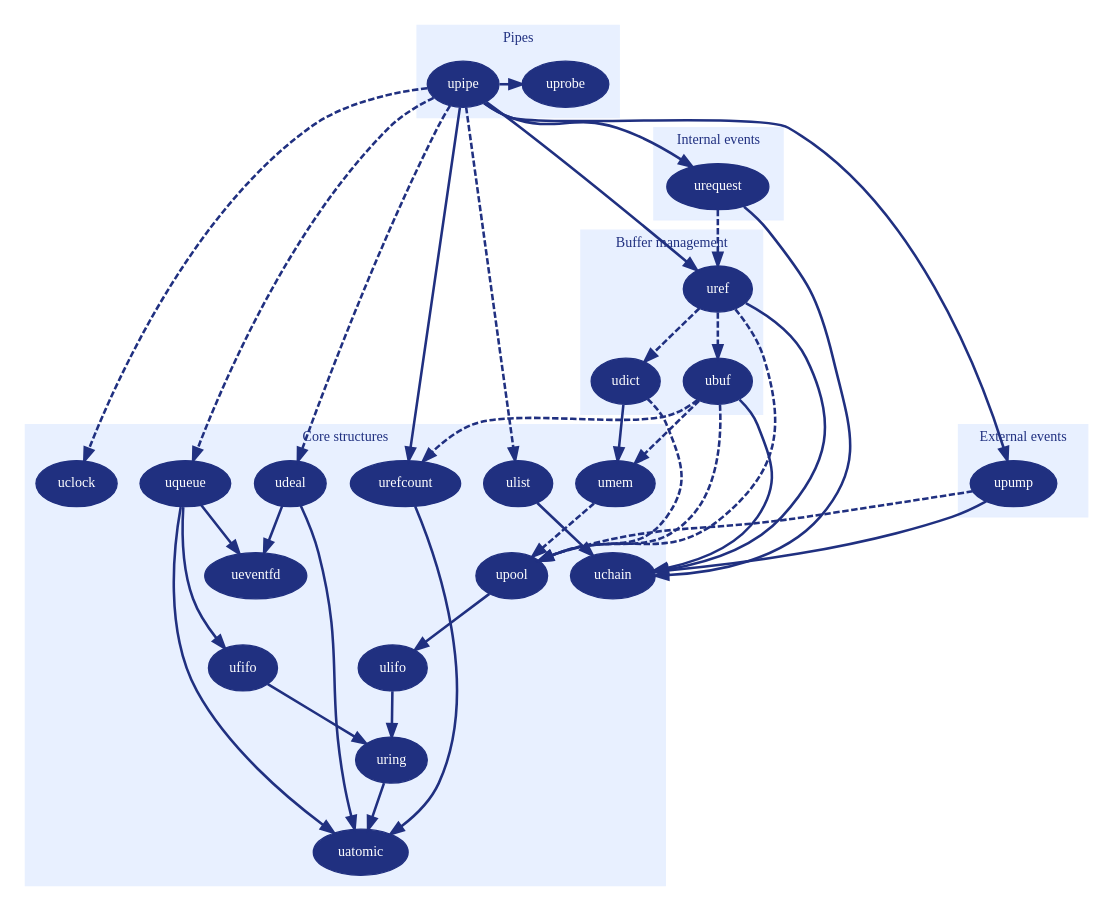
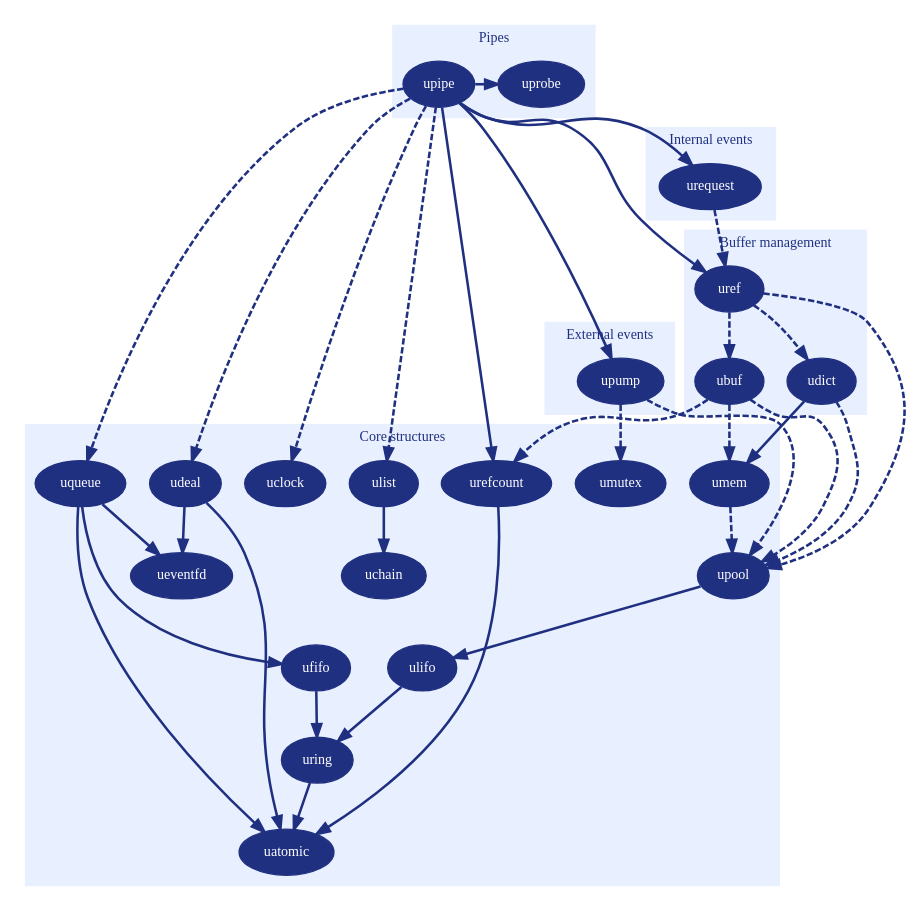
Before and after one commit to Upipe/upipe: the diagram in doc/dependencies.dot, drawn with Graphviz.

Commit message:
documentation improvement

```diff
--- a/doc/dependencies.dot
+++ b/doc/dependencies.dot
@@ -1,121 +1,119 @@
 digraph "Upipe objects dependencies" {
 	graph [bgcolor="#00000000"];
 	edge [penwidth=2, color="#203080"];
 	node [shape="oval", style="filled", fontname="Verdana Black", fontsize=11, fontcolor="white", color="#203080", fillcolor="#203080"];
 
 	subgraph cluster_pipes {
 		color="#E8F0FF";
 		style="filled";
 		label="Pipes";
 		fontname="Verdana Black";
 		fontsize=11;
 		fontcolor="#203080";
 		subgraph {
 			rank = source;
 			uprobe;
 			upipe;
 		}
 	}
 
 	subgraph cluster_pumps {
 		color="#E8F0FF";
 		style="filled";
 		label="External events";
 		fontname="Verdana Black";
 		fontsize=11;
 		fontcolor="#203080";
 		upump;
 	}
 
 	subgraph cluster_requests {
 		color="#E8F0FF";
 		style="filled";
 		label="Internal events";
 		fontname="Verdana Black";
 		fontsize=11;
 		fontcolor="#203080";
 		urequest;
 	}
 
 	subgraph cluster_buffers {
 		color="#E8F0FF";
 		style="filled";
 		label="Buffer management";
 		fontname="Verdana Black";
 		fontsize=11;
 		fontcolor="#203080";
 		ubuf;
 		uref;
 		udict;
 	}
 
 	subgraph cluster_core {
 		color="#E8F0FF";
 		style="filled";
 		label="Core structures";
 		fontname="Verdana Black";
 		fontsize=11;
 		fontcolor="#203080";
 		subgraph {
 			rank = same;
 			uclock;
 			ulist;
 			uqueue;
 			urefcount;
 			umem;
 		}
 		uchain;
 		uatomic;
 		uring;
 		upool;
 		ulifo;
 		ufifo;
 		udeal;
+		umutex;
 		ueventfd;
 	}
 
 	uref->ubuf [style="dashed"];
 	uref->udict [style="dashed"];
-	uref->uchain;
 
-	ubuf->uchain;
 	ubuf->umem [style="dashed"];
 	ubuf->urefcount [style="dashed"];
 
 	udict->umem;
 
 	uref->upool [style="dashed"];
 	ubuf->upool [style="dashed"];
 	udict->upool [style="dashed"];
 	upump->upool [style="dashed"];
 	umem->upool [style="dashed"];
 	upool->ulifo;
 
 	udeal->uatomic;
 	udeal->ueventfd;
 	urefcount->uatomic;
 
 	ufifo->uring;
 	ulifo->uring;
 	uring->uatomic;
 	uqueue->ufifo;
 	uqueue->uatomic;
 	uqueue->ueventfd;
 
 	ulist->uchain;
 
 	upipe->uprobe;
 	upipe->uref;
 	upipe->urefcount;
 	upipe->upump;
 	upipe->urequest;
 	upipe->uclock [style="dashed"];
 	upipe->udeal [style="dashed"];
 	upipe->uqueue [style="dashed"];
 	upipe->ulist [style="dashed"];
 
-	upump->uchain;
+	urequest->uref [style="dashed"];
 
-	urequest->uchain;
-	urequest->uref [style="dashed"];
+	upump->umutex [style="dashed"];
 }
```
